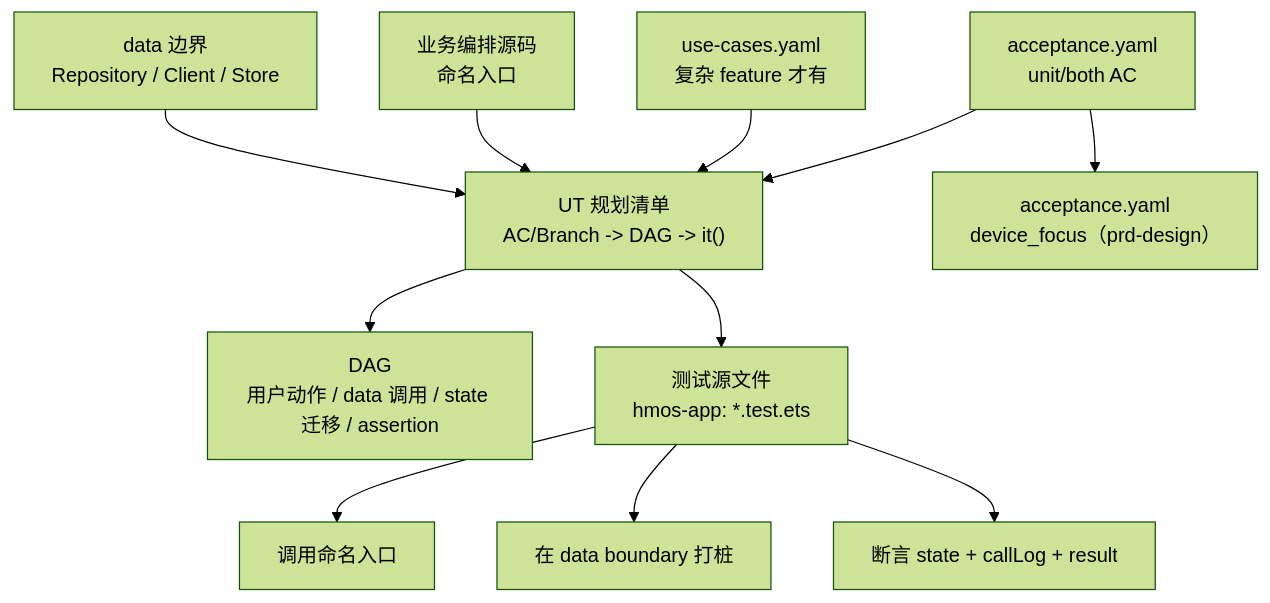
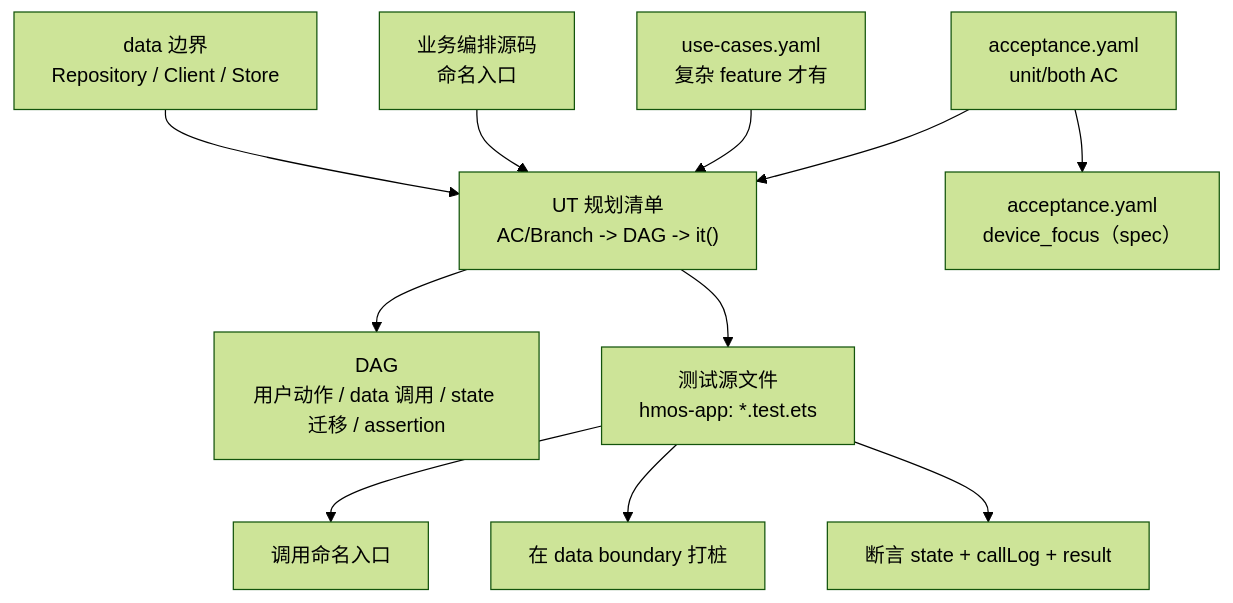
The second of 4 diagrams in docs/skills/business-ut.md (sqsqsq/agent-maison), drawn with Mermaid (forest theme) before and after one commit. The commit also changed other lines of this file and 51 other files, not shown here.

````diff
--- a/docs/skills/business-ut.md
+++ b/docs/skills/business-ut.md
@@ -154,24 +154,24 @@
 ```mermaid
 flowchart TD
   AC["acceptance.yaml<br/>unit/both AC"]
   UC["use-cases.yaml<br/>复杂 feature 才有"]
   Code["业务编排源码<br/>命名入口"]
   Data["data 边界<br/>Repository / Client / Store"]
 
   Plan["UT 规划清单<br/>AC/Branch -> DAG -> it()"]
   DAG["DAG<br/>用户动作 / data 调用 / state 迁移 / assertion"]
   Test["测试源文件<br/>hmos-app: *.test.ets"]
-  DevFocus["acceptance.yaml<br/>device_focus（prd-design）"]
+  DevFocus["acceptance.yaml<br/>device_focus（spec）"]
 
   AC --> Plan
   UC --> Plan
   Code --> Plan
   Data --> Plan
   Plan --> DAG
   Plan --> Test
   AC --> DevFocus
 
   Test --> Entry["调用命名入口"]
   Test --> Stub["在 data boundary 打桩"]
   Test --> Assert["断言 state + callLog + result"]
 ```
````
